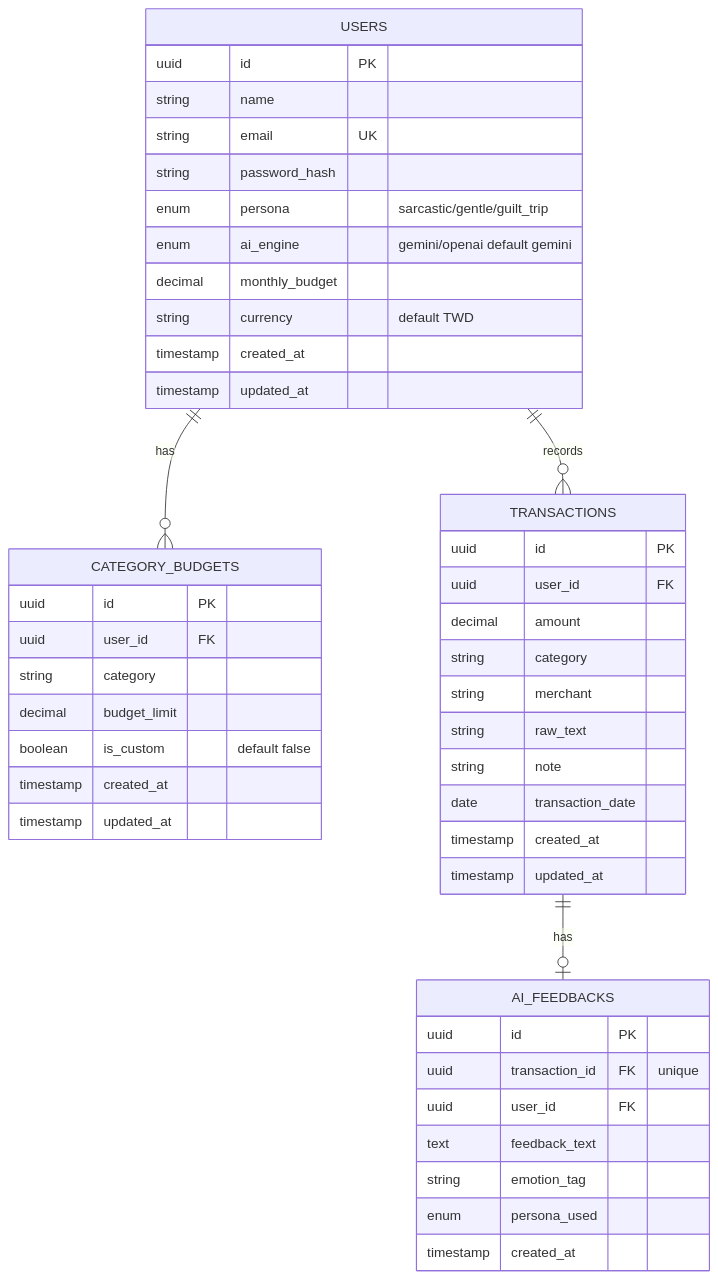
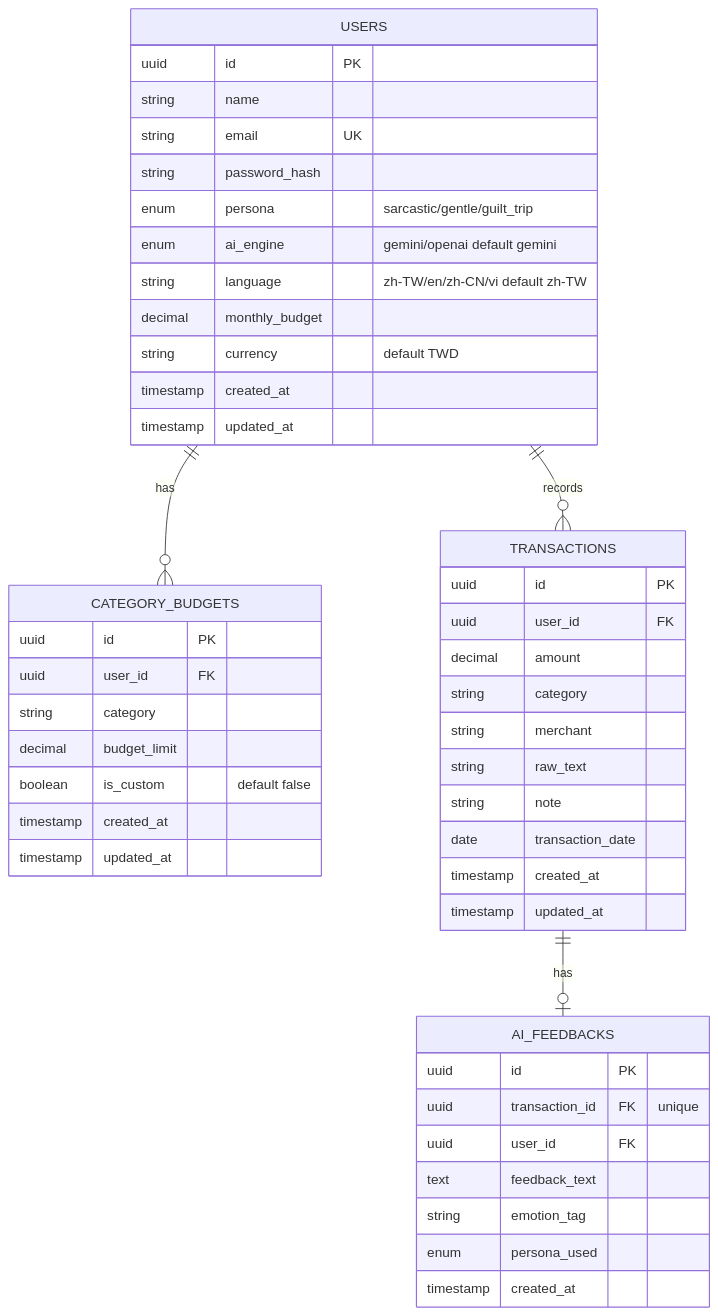
Before and after one commit to robin-li/Vibe-SDLC: the second of 2 diagrams in skills/vibe-sdlc-p1-spec/examples/docs/01-2-SRD.md, drawn with Mermaid. The commit also changed other lines of this file and 9 other files, not shown here.

````diff
--- a/skills/vibe-sdlc-p1-spec/examples/docs/01-2-SRD.md
+++ b/skills/vibe-sdlc-p1-spec/examples/docs/01-2-SRD.md
@@ -276,52 +290,53 @@
 ```mermaid
 erDiagram
     USERS ||--o{ CATEGORY_BUDGETS : has
     USERS ||--o{ TRANSACTIONS : records
     TRANSACTIONS ||--o| AI_FEEDBACKS : has
 
     USERS {
         uuid id PK
         string name
         string email UK
         string password_hash
         enum persona "sarcastic/gentle/guilt_trip"
         enum ai_engine "gemini/openai default gemini"
+        string language "zh-TW/en/zh-CN/vi default zh-TW"
         decimal monthly_budget
         string currency "default TWD"
         timestamp created_at
         timestamp updated_at
     }
 
     CATEGORY_BUDGETS {
         uuid id PK
         uuid user_id FK
         string category
         decimal budget_limit
         boolean is_custom "default false"
         timestamp created_at
         timestamp updated_at
     }
 
     TRANSACTIONS {
         uuid id PK
         uuid user_id FK
         decimal amount
         string category
         string merchant
         string raw_text
         string note
         date transaction_date
         timestamp created_at
         timestamp updated_at
     }
 
     AI_FEEDBACKS {
         uuid id PK
         uuid transaction_id FK "unique"
         uuid user_id FK
         text feedback_text
         string emotion_tag
         enum persona_used
         timestamp created_at
     }
 ```
````
